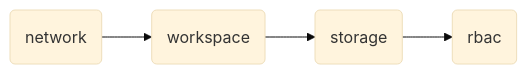
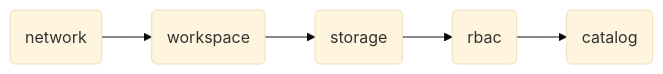
The diagram in README.md (timotewb/databricks_infra), drawn with Mermaid (base theme) before and after one commit. The commit also changed 1 other file, not shown here.

Commit message:
refact: update README and remove unused workspace URL variables from catalog

````diff
--- a/README.md
+++ b/README.md
@@ -8,4 +8,4 @@
 ```mermaid
 graph LR
-A(network) --> B(workspace) --> C(storage) --> D(rbac)
+A(network) --> B(workspace) --> C(storage) --> D(rbac) --> E(catalog)
 ```
````
